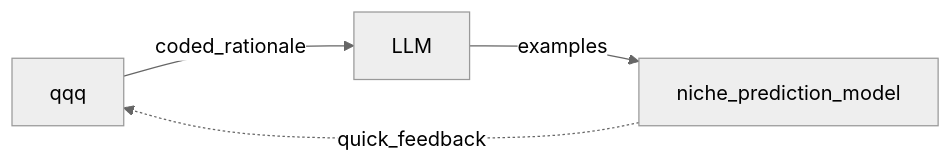
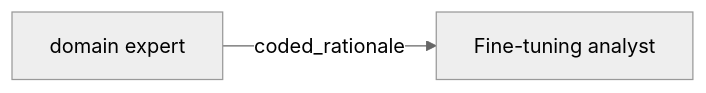
The third of 3 diagrams in tune-chatgpt/notes.md (borisdev/research), drawn with Mermaid (neutral theme) before and after one commit.

Commit message:
experiment new flow chart

````diff
--- a/tune-chatgpt/notes.md
+++ b/tune-chatgpt/notes.md
@@ -31,6 +31,4 @@
 ```mermaid
 flowchart LR
-    niche_human_expert[qqq]-- coded_rationale -->LLM
-    LLM -- examples -->niche_prediction_model
-    niche_prediction_model-. quick_feedback .-> niche_human_expert
+    E[domain expert]-- coded_rationale -->A[Fine-tuning analyst]
 ```
````
